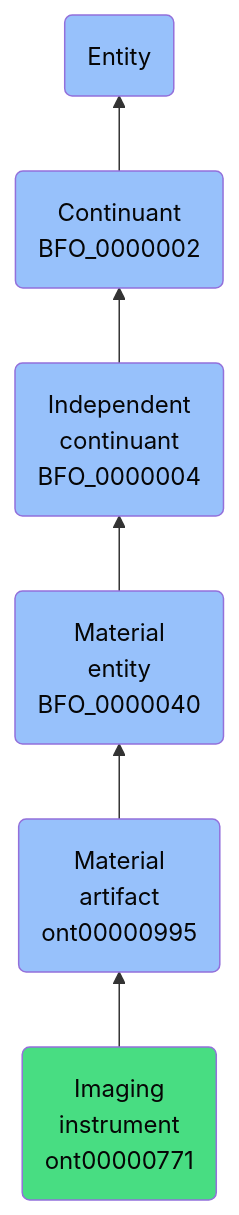
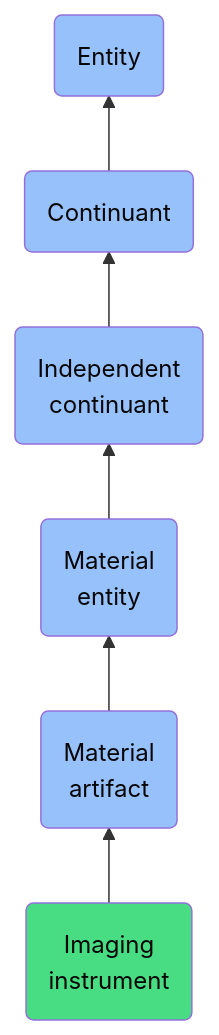
Before and after one commit to jupyter-naas/abi: the diagram in docs/ontology/reference/model/Entity/Continuant/Independent continuant/Material entity/Material artifact/Imaging instrument/Imaging instrument.md, drawn with Mermaid. The commit also changed other lines of this file and 1430 other files, not shown here.

````diff
--- a/docs/ontology/reference/model/Entity/Continuant/Independent continuant/Material entity/Material artifact/Imaging instrument/Imaging instrument.md
+++ b/docs/ontology/reference/model/Entity/Continuant/Independent continuant/Material entity/Material artifact/Imaging instrument/Imaging instrument.md
@@ -24,13 +24,13 @@
 ```mermaid
 graph BT
-    ont00000771(Imaging<br>instrument<br>ont00000771):::ABI-->ont00000995
-    ont00000995(Material<br>artifact<br>ont00000995):::BFO-->BFO_0000040
-    BFO_0000040(Material<br>entity<br>BFO_0000040):::BFO-->BFO_0000004
-    BFO_0000004(Independent<br>continuant<br>BFO_0000004):::BFO-->BFO_0000002
-    BFO_0000002(Continuant<br>BFO_0000002):::BFO-->BFO_0000001
+    ont00000771(Imaging<br>instrument):::ABI-->ont00000995
+    ont00000995(Material<br>artifact):::BFO-->BFO_0000040
+    BFO_0000040(Material<br>entity):::BFO-->BFO_0000004
+    BFO_0000004(Independent<br>continuant):::BFO-->BFO_0000002
+    BFO_0000002(Continuant):::BFO-->BFO_0000001
     BFO_0000001(Entity):::BFO
     
     classDef BFO fill:#97c1fb,color:#060606
     classDef CCO fill:#e4c51e,color:#060606
     classDef ABI fill:#48DD82,color:#060606
 ```
````
